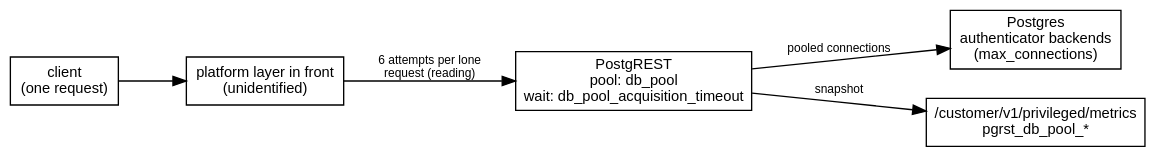
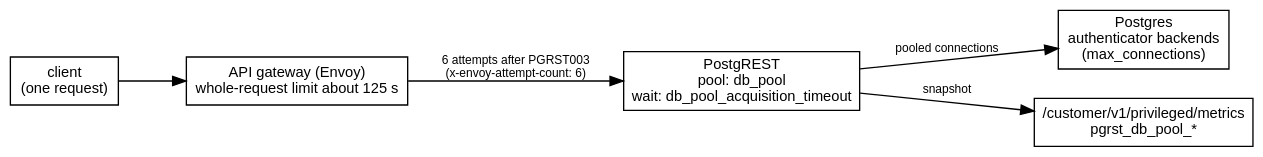
The first of 2 diagrams in src/content/docs/reference/supabase-data-api-capacity.mdx (erfianugrah/lexicanum), drawn with Graphviz before and after one commit. The commit also changed other lines of this file and 6 other files, not shown here.

````diff
--- a/src/content/docs/reference/supabase-data-api-capacity.mdx
+++ b/src/content/docs/reference/supabase-data-api-capacity.mdx
@@ -28,19 +31,19 @@
 ```dot
 digraph {
   rankdir=LR; bgcolor="transparent"; nodesep=0.3; ranksep=0.7;
   fontname="Helvetica,Arial,sans-serif";
   node [fontname="Helvetica,Arial,sans-serif", fontsize=11, shape=box];
   edge [fontname="Helvetica,Arial,sans-serif", fontsize=9];
 
   client  [label="client\n(one request)"];
-  front   [label="platform layer in front\n(unidentified)"];
+  front   [label="API gateway (Envoy)\nwhole-request limit about 125 s"];
   pgrst   [label="PostgREST\npool: db_pool\nwait: db_pool_acquisition_timeout"];
   pg      [label="Postgres\nauthenticator backends\n(max_connections)"];
   metrics [label="/customer/v1/privileged/metrics\npgrst_db_pool_*"];
 
   client -> front;
-  front -> pgrst [label="6 attempts per lone\nrequest (reading)"];
+  front -> pgrst [label="6 attempts after PGRST003\n(x-envoy-attempt-count: 6)"];
   pgrst -> pg [label="pooled connections"];
   pgrst -> metrics [label="snapshot"];
 }
 ```
````
